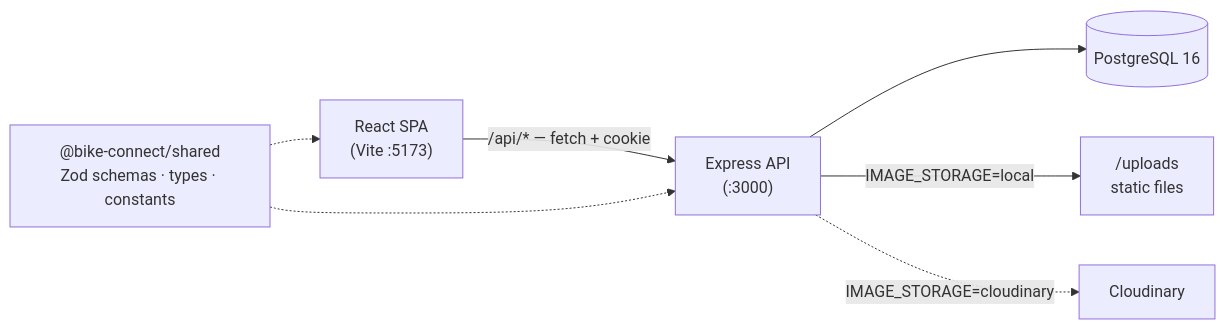
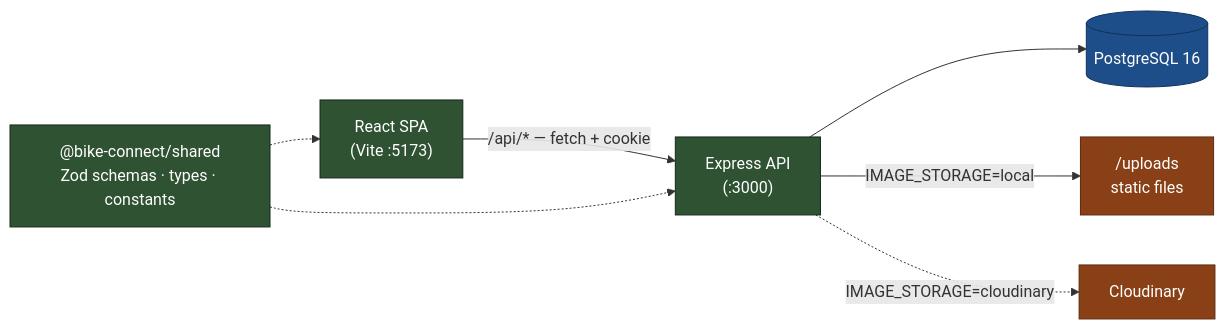
One commit to Ticulet/bike-connect changed the diagram in README.md. Above: the diagram before and after it, drawn with Mermaid. The commit also changed 1 other file, not shown here.

Commit message:
docs: fix and style mermaid diagrams; expand ONBOARDING TOC
- ONBOARDING request-lifecycle sequence diagram now parses and renders (plain
  participant labels, no curly braces in message/note text).
- README architecture flowchart: solid, high-contrast nodes via classDef.
- ONBOARDING: fuller nested table of contents.

````diff
--- a/README.md
+++ b/README.md
@@ -69,9 +69,15 @@
 ```mermaid
 flowchart LR
   Browser["React SPA<br/>(Vite :5173)"] -->|"/api/* — fetch + cookie"| API["Express API<br/>(:3000)"]
   API --> DB[("PostgreSQL 16")]
   API -->|"IMAGE_STORAGE=local"| Up["/uploads<br/>static files"]
   API -.->|"IMAGE_STORAGE=cloudinary"| Cloud["Cloudinary"]
   Shared["@bike-connect/shared<br/>Zod schemas · types · constants"] -.-> Browser
   Shared -.-> API
+  classDef node fill:#2f5233,stroke:#16291a,color:#fff
+  classDef store fill:#1d4e89,stroke:#10325c,color:#fff
+  classDef ext fill:#8a4016,stroke:#5c2a0e,color:#fff
+  class Browser,API,Shared node
+  class DB store
+  class Up,Cloud ext
 ```
````
